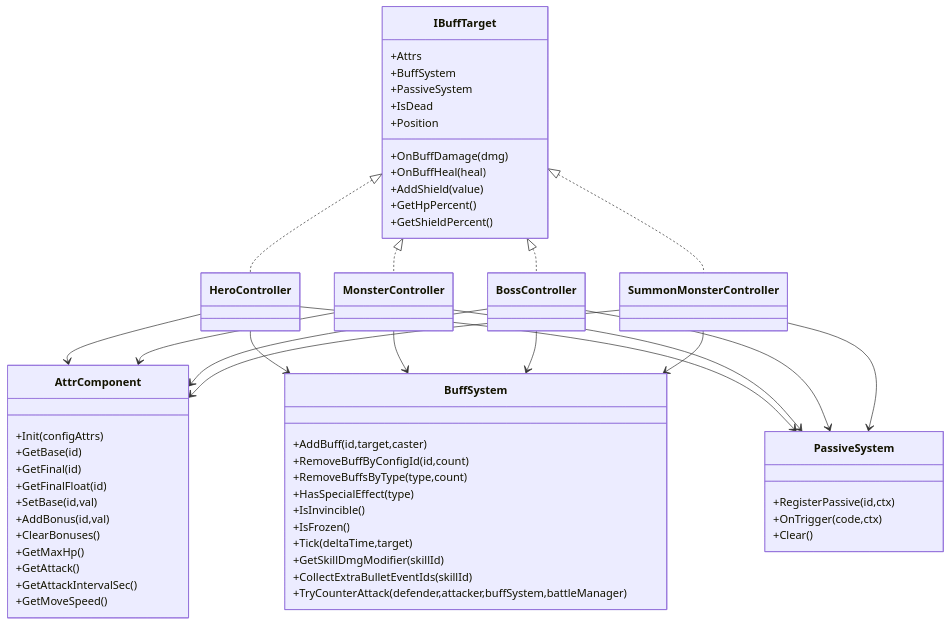
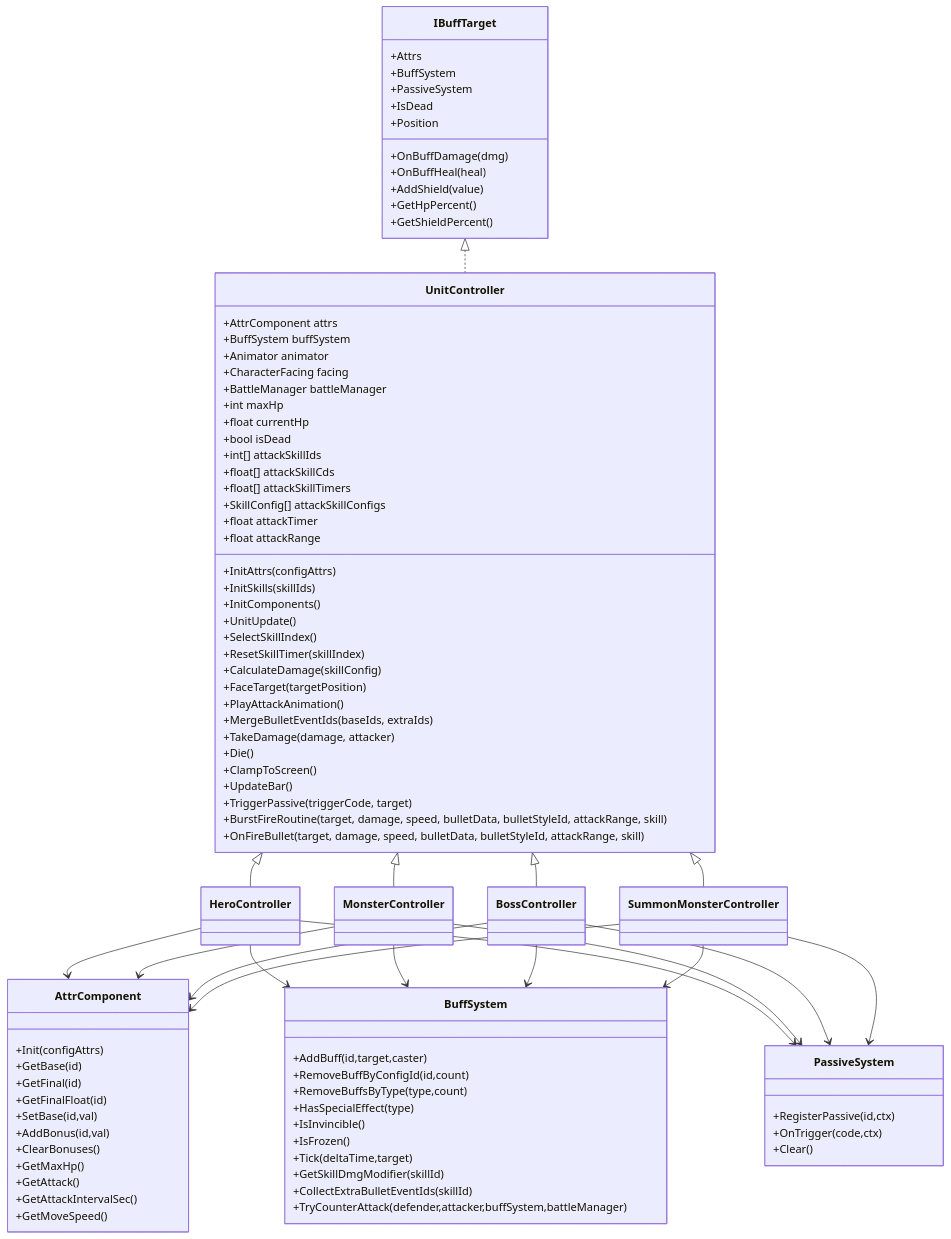
Before and after one commit to Tuusen/p1_client: the second of 7 diagrams in .qoder/repowiki/zh/content/战斗系统/角色控制器/角色控制器.md, drawn with Mermaid. The commit also changed other lines of this file and 13 other files, not shown here.

```diff
--- a/.qoder/repowiki/zh/content/战斗系统/角色控制器/角色控制器.md
+++ b/.qoder/repowiki/zh/content/战斗系统/角色控制器/角色控制器.md
@@ -119,6 +109,39 @@
 +Position
 +GetHpPercent()
 +GetShieldPercent()
+}
+class UnitController {
++AttrComponent attrs
++BuffSystem buffSystem
++Animator animator
++CharacterFacing facing
++BattleManager battleManager
++int maxHp
++float currentHp
++bool isDead
++int[] attackSkillIds
++float[] attackSkillCds
++float[] attackSkillTimers
++SkillConfig[] attackSkillConfigs
++float attackTimer
++float attackRange
++InitAttrs(configAttrs)
++InitSkills(skillIds)
++InitComponents()
++UnitUpdate()
++SelectSkillIndex()
++ResetSkillTimer(skillIndex)
++CalculateDamage(skillConfig)
++FaceTarget(targetPosition)
++PlayAttackAnimation()
++MergeBulletEventIds(baseIds, extraIds)
++TakeDamage(damage, attacker)
++Die()
++ClampToScreen()
++UpdateBar()
++TriggerPassive(triggerCode, target)
++BurstFireRoutine(target, damage, speed, bulletData, bulletStyleId, attackRange, skill)
++OnFireBullet(target, damage, speed, bulletData, bulletStyleId, attackRange, skill)
 }
 class AttrComponent {
 +Init(configAttrs)
@@ -154,10 +177,11 @@
 class MonsterController
 class BossController
 class SummonMonsterController
-IBuffTarget <|.. HeroController
-IBuffTarget <|.. MonsterController
-IBuffTarget <|.. BossController
-IBuffTarget <|.. SummonMonsterController
+IBuffTarget <|.. UnitController
+UnitController <|-- HeroController
+UnitController <|-- MonsterController
+UnitController <|-- BossController
+UnitController <|-- SummonMonsterController
 HeroController --> AttrComponent
 MonsterController --> AttrComponent
 BossController --> AttrComponent
```
